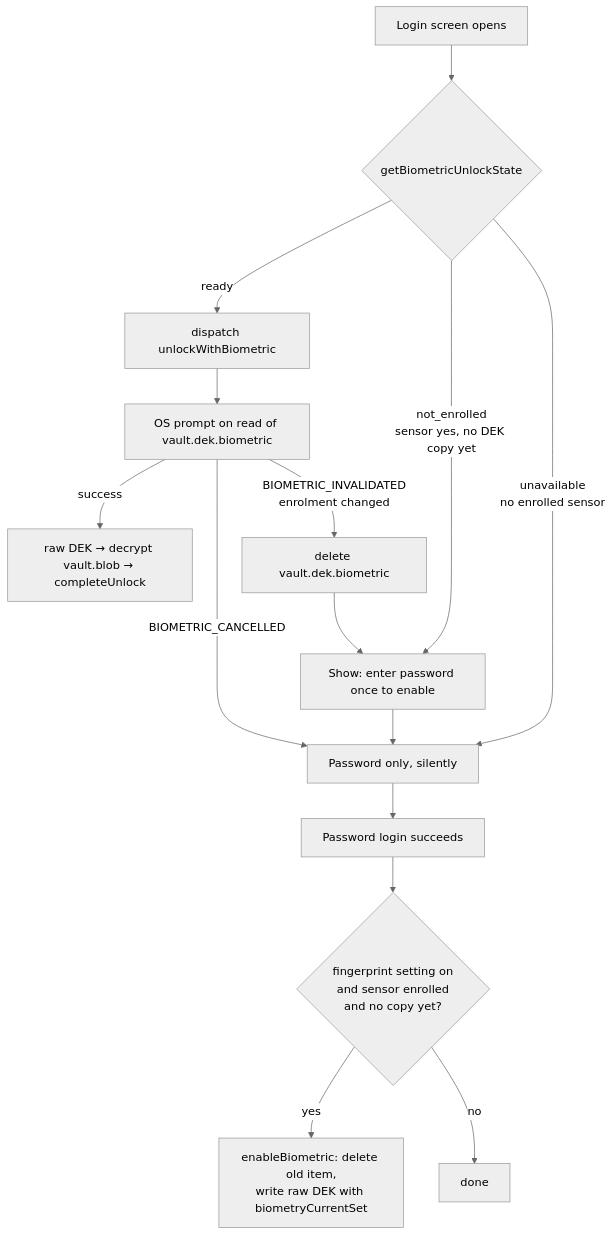
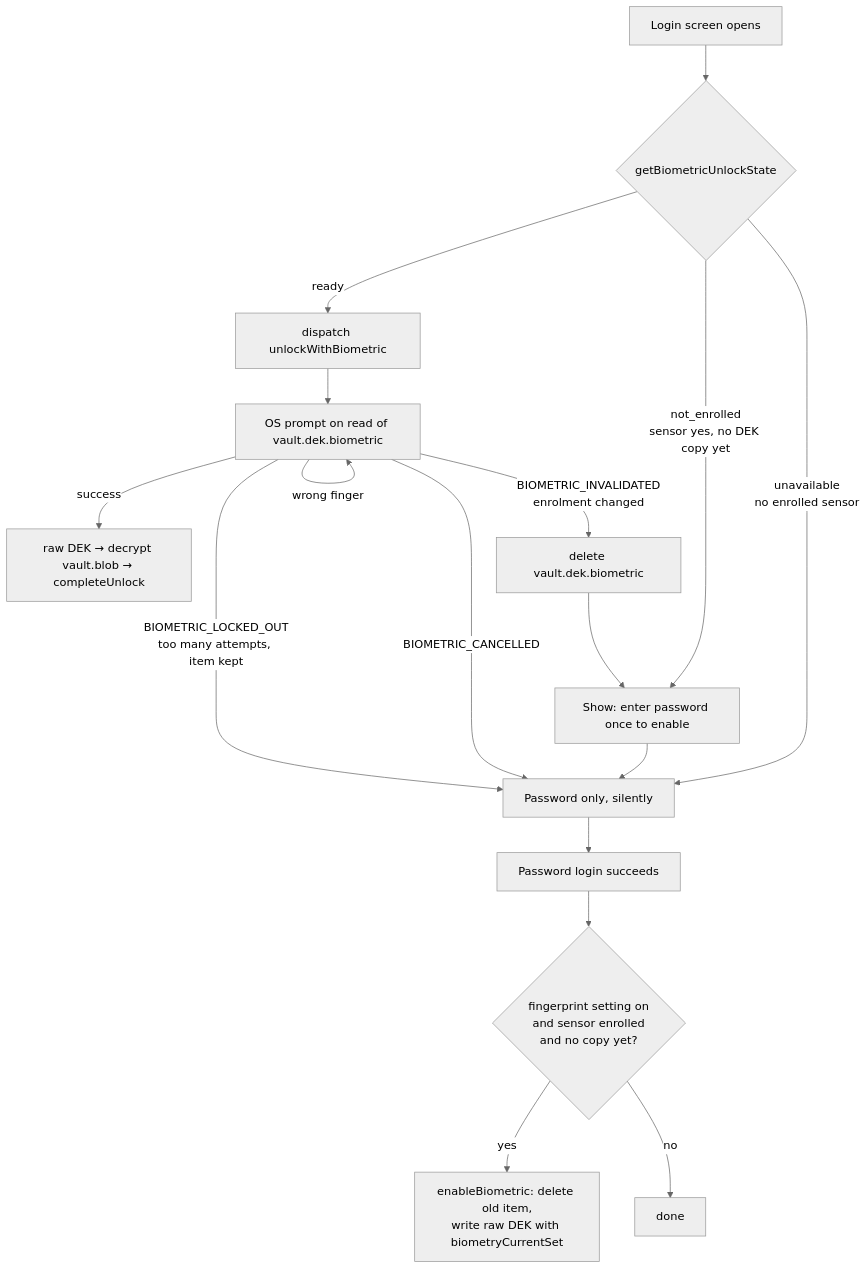
One commit to KM-opensource-crypto-wallet/mobile_app changed the fifth of 9 diagrams in docs/secure-storage-flow.md. Above: the diagram before and after it, drawn with Mermaid (neutral theme). The commit also changed other lines of this file and 26 other files, not shown here.

````diff
--- a/docs/secure-storage-flow.md
+++ b/docs/secure-storage-flow.md
@@ -254,15 +254,17 @@
 ```mermaid
 flowchart TD
   A[Login screen opens] --> B{getBiometricUnlockState}
   B -- "unavailable<br/>no enrolled sensor" --> P[Password only, silently]
   B -- "not_enrolled<br/>sensor yes, no DEK copy yet" --> N["Show: enter password once to enable"] --> P
   B -- ready --> C[dispatch unlockWithBiometric]
   C --> D[OS prompt on read of vault.dek.biometric]
   D -- success --> E[raw DEK → decrypt vault.blob → completeUnlock]
   D -- "BIOMETRIC_CANCELLED" --> P
+  D -- "wrong finger" --> D
+  D -- "BIOMETRIC_LOCKED_OUT<br/>too many attempts, item kept" --> P
   D -- "BIOMETRIC_INVALIDATED<br/>enrolment changed" --> F[delete vault.dek.biometric] --> N
   P --> G[Password login succeeds]
   G --> H{fingerprint setting on<br/>and sensor enrolled<br/>and no copy yet?}
   H -- yes --> I["enableBiometric: delete old item,<br/>write raw DEK with biometryCurrentSet"]
   H -- no --> J[done]
 ```
````
